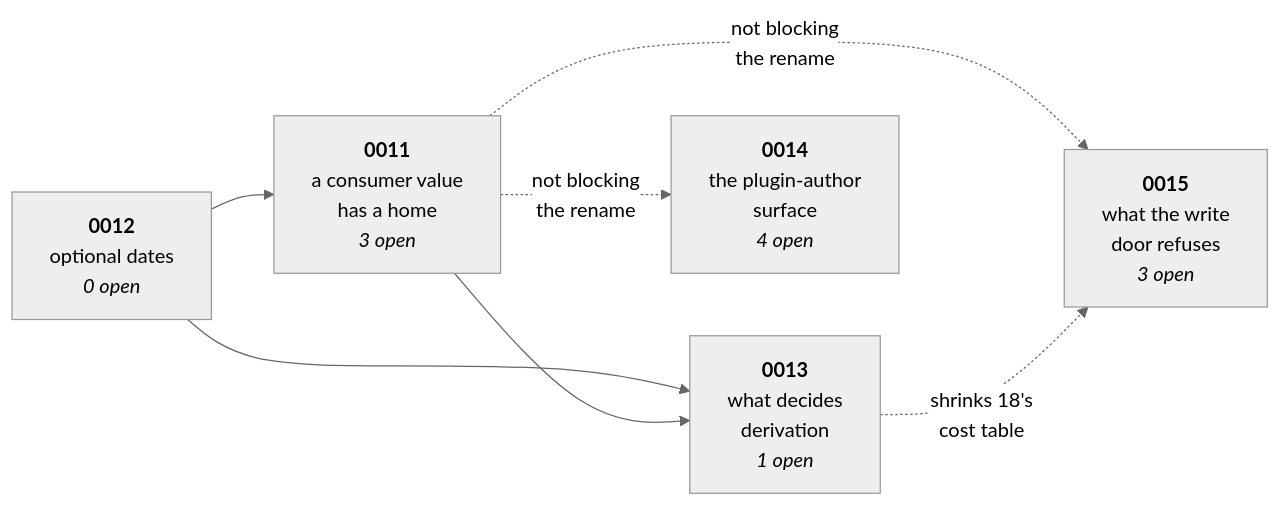
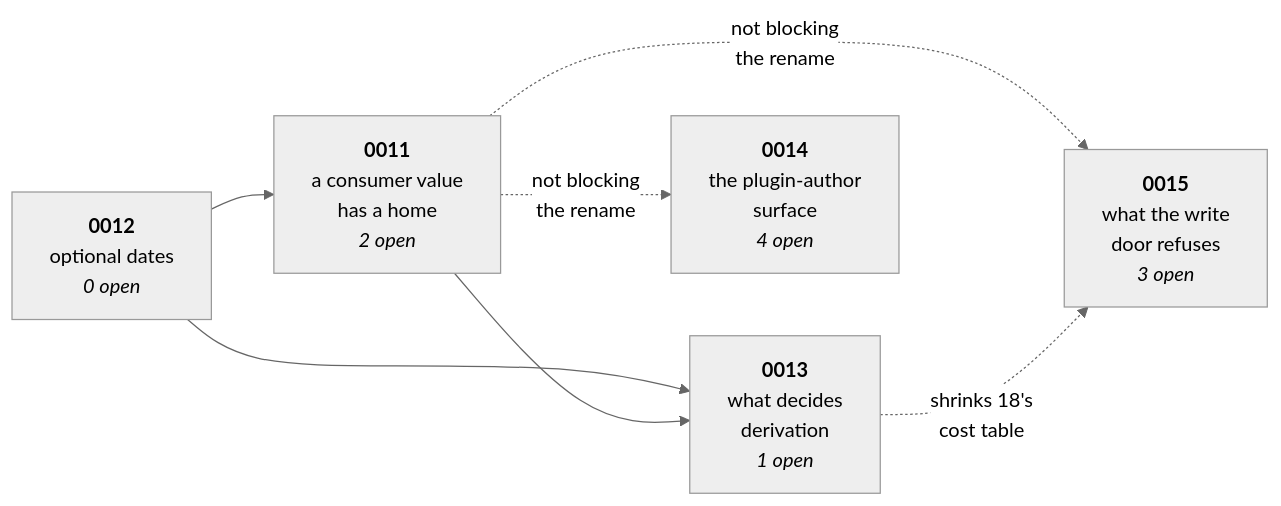
One commit to freegantt/freegantt changed the diagram in plans/field-redesign/README.md. Above: the diagram before and after it, drawn with Mermaid (neutral theme). The commit also changed other lines of this file and 5 other files, not shown here.

````diff
--- a/plans/field-redesign/README.md
+++ b/plans/field-redesign/README.md
@@ -7,9 +7,9 @@
 ```mermaid
 flowchart LR
-  D["<b>0012</b><br/>optional dates<br/><i>0 open</i>"] --> P["<b>0011</b><br/>a consumer value<br/>has a home<br/><i>3 open</i>"]
+  D["<b>0012</b><br/>optional dates<br/><i>0 open</i>"] --> P["<b>0011</b><br/>a consumer value<br/>has a home<br/><i>2 open</i>"]
   D --> R["<b>0013</b><br/>what decides<br/>derivation<br/><i>1 open</i>"]
   P --> R
   P -.->|"not blocking<br/>the rename"| G["<b>0014</b><br/>the plugin-author<br/>surface<br/><i>4 open</i>"]
   P -.->|"not blocking<br/>the rename"| W["<b>0015</b><br/>what the write<br/>door refuses<br/><i>3 open</i>"]
   R -.->|"shrinks 18's<br/>cost table"| W
 ```
````
